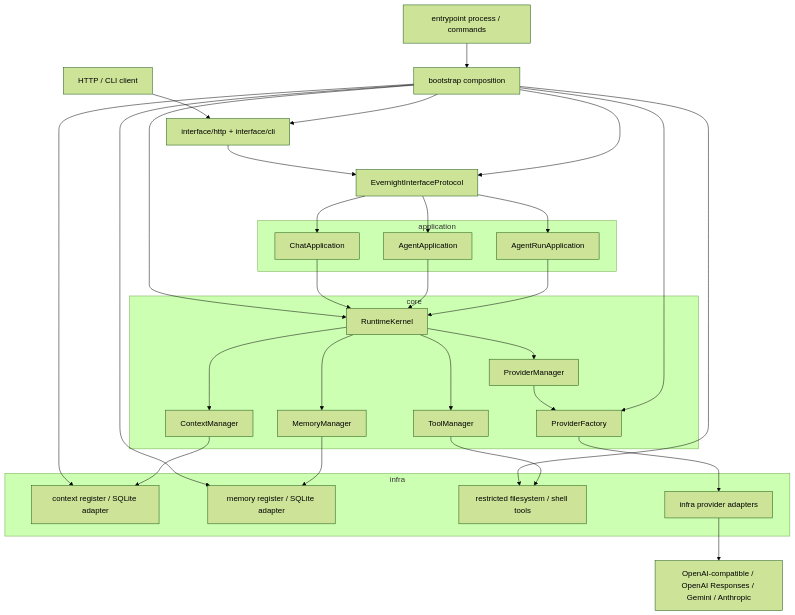
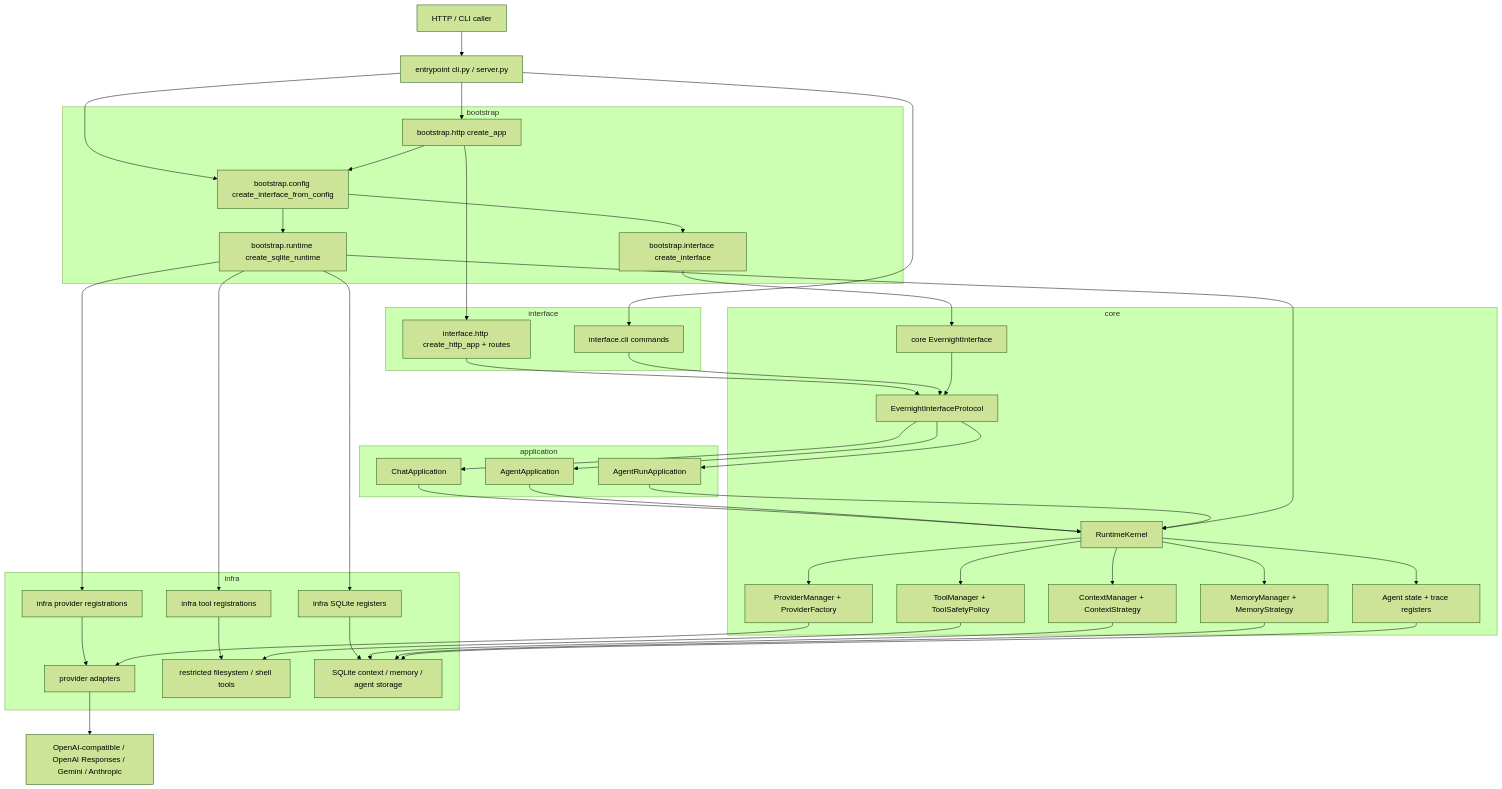
Before and after one commit to Evernight275/EvernightAI: the diagram in README.md, drawn with Mermaid (forest theme). The commit also changed 1 other file, not shown here.

Commit message:
docs:更新文档

````diff
--- a/README.md
+++ b/README.md
@@ -23,43 +23,71 @@
 ```mermaid
 flowchart TD
-    Entrypoint["entrypoint process / commands"] --> Composition["bootstrap composition"]
-    Client["HTTP / CLI client"] --> Interface["interface/http + interface/cli"]
-    Composition --> Interface
-    Interface --> Boundary["EvernightInterfaceProtocol"]
-    Composition --> Boundary
-    Boundary --> ChatApp["ChatApplication"]
-    Boundary --> AgentApp["AgentApplication"]
-    Boundary --> AgentRuns["AgentRunApplication"]
+    Caller["HTTP / CLI caller"] --> Entrypoint["entrypoint cli.py / server.py"]
 
-    Composition --> Runtime
+    Entrypoint --> BootHTTP["bootstrap.http create_app"]
+    Entrypoint --> BootConfig["bootstrap.config create_interface_from_config"]
+    BootHTTP --> BootConfig
+    BootHTTP --> HTTPApp["interface.http create_http_app + routes"]
+
+    Entrypoint --> CLICommands["interface.cli commands"]
+    HTTPApp --> InterfaceBoundary["EvernightInterfaceProtocol"]
+    CLICommands --> InterfaceBoundary
+
+    BootConfig --> BootInterface["bootstrap.interface create_interface"]
+    BootConfig --> BootRuntime["bootstrap.runtime create_sqlite_runtime"]
+    BootInterface --> InterfaceImpl["core EvernightInterface"]
+    InterfaceImpl --> InterfaceBoundary
+
+    InterfaceBoundary --> ChatApp["ChatApplication"]
+    InterfaceBoundary --> AgentApp["AgentApplication"]
+    InterfaceBoundary --> AgentRuns["AgentRunApplication"]
+
     ChatApp --> Runtime["RuntimeKernel"]
     AgentApp --> Runtime
     AgentRuns --> Runtime
+    BootRuntime --> Runtime
 
-    Runtime --> Providers["ProviderManager"]
-    Runtime --> Contexts["ContextManager"]
-    Runtime --> Memories["MemoryManager"]
-    Runtime --> Tools["ToolManager"]
+    Runtime --> Providers["ProviderManager + ProviderFactory"]
+    Runtime --> Contexts["ContextManager + ContextStrategy"]
+    Runtime --> Memories["MemoryManager + MemoryStrategy"]
+    Runtime --> Tools["ToolManager + ToolSafetyPolicy"]
+    Runtime --> AgentStore["Agent state + trace registers"]
 
-    Providers --> Factory["ProviderFactory"]
-    Composition --> Factory
-    Composition --> ContextStorage
-    Composition --> MemoryStorage
-    Composition --> ToolAdapters
-    Factory --> Adapters["infra provider adapters"]
-    Contexts --> ContextStorage["context register / SQLite adapter"]
-    Memories --> MemoryStorage["memory register / SQLite adapter"]
-    Tools --> ToolAdapters["restricted filesystem / shell tools"]
+    BootRuntime --> ProviderRegs["infra provider registrations"]
+    BootRuntime --> ToolRegs["infra tool registrations"]
+    BootRuntime --> SQLiteRegs["infra SQLite registers"]
+    ProviderRegs --> ProviderAdapters["provider adapters"]
+    ToolRegs --> ToolAdapters["restricted filesystem / shell tools"]
+    SQLiteRegs --> SQLiteAdapters["SQLite context / memory / agent storage"]
 
-    Adapters --> RealProviders["OpenAI-compatible / OpenAI Responses / Gemini / Anthropic"]
+    Providers --> ProviderAdapters
+    Tools --> ToolAdapters
+    Contexts --> SQLiteAdapters
+    Memories --> SQLiteAdapters
+    AgentStore --> SQLiteAdapters
+    ProviderAdapters --> RealProviders["OpenAI-compatible / OpenAI Responses / Gemini / Anthropic"]
+
+    subgraph Bootstrap["bootstrap"]
+        BootHTTP
+        BootConfig
+        BootInterface
+        BootRuntime
+    end
+
+    subgraph Interface["interface"]
+        HTTPApp
+        CLICommands
+    end
 
     subgraph Core["core"]
+        InterfaceBoundary
+        InterfaceImpl
         Runtime
         Providers
         Contexts
         Memories
         Tools
-        Factory
+        AgentStore
     end
 
     subgraph Application["application"]
@@ -69,9 +97,11 @@
     end
 
     subgraph Infra["infra"]
-        Adapters
-        ContextStorage
-        MemoryStorage
+        ProviderRegs
+        ToolRegs
+        SQLiteRegs
+        ProviderAdapters
         ToolAdapters
+        SQLiteAdapters
     end
 ```
````
